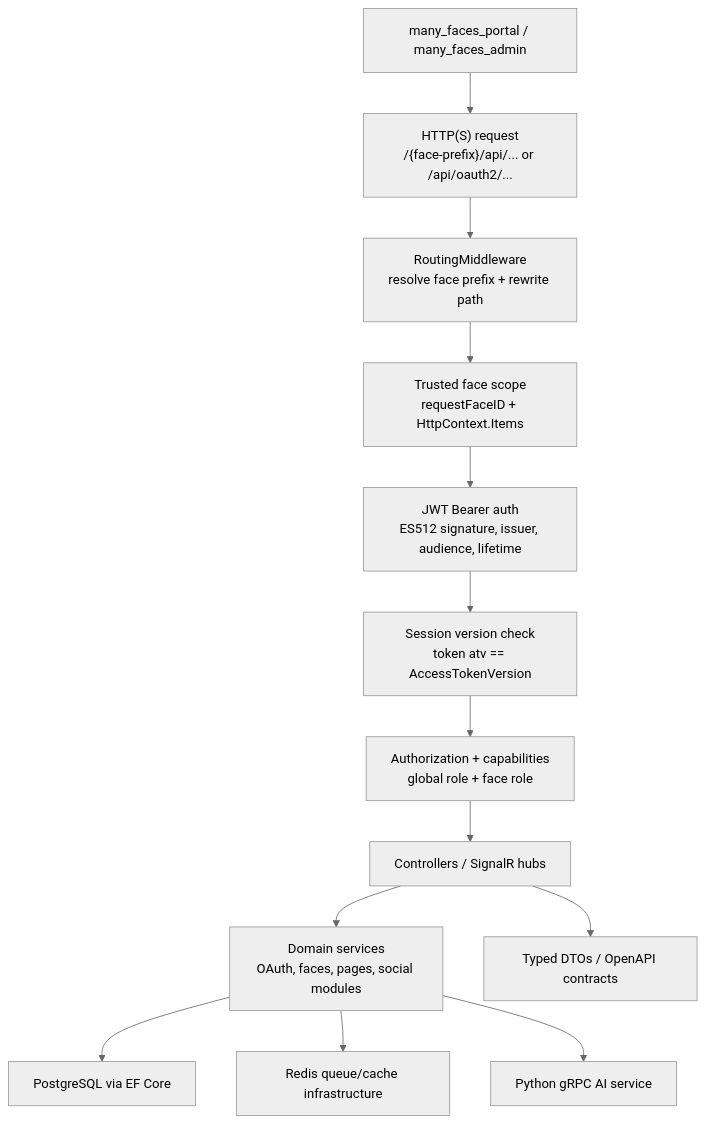
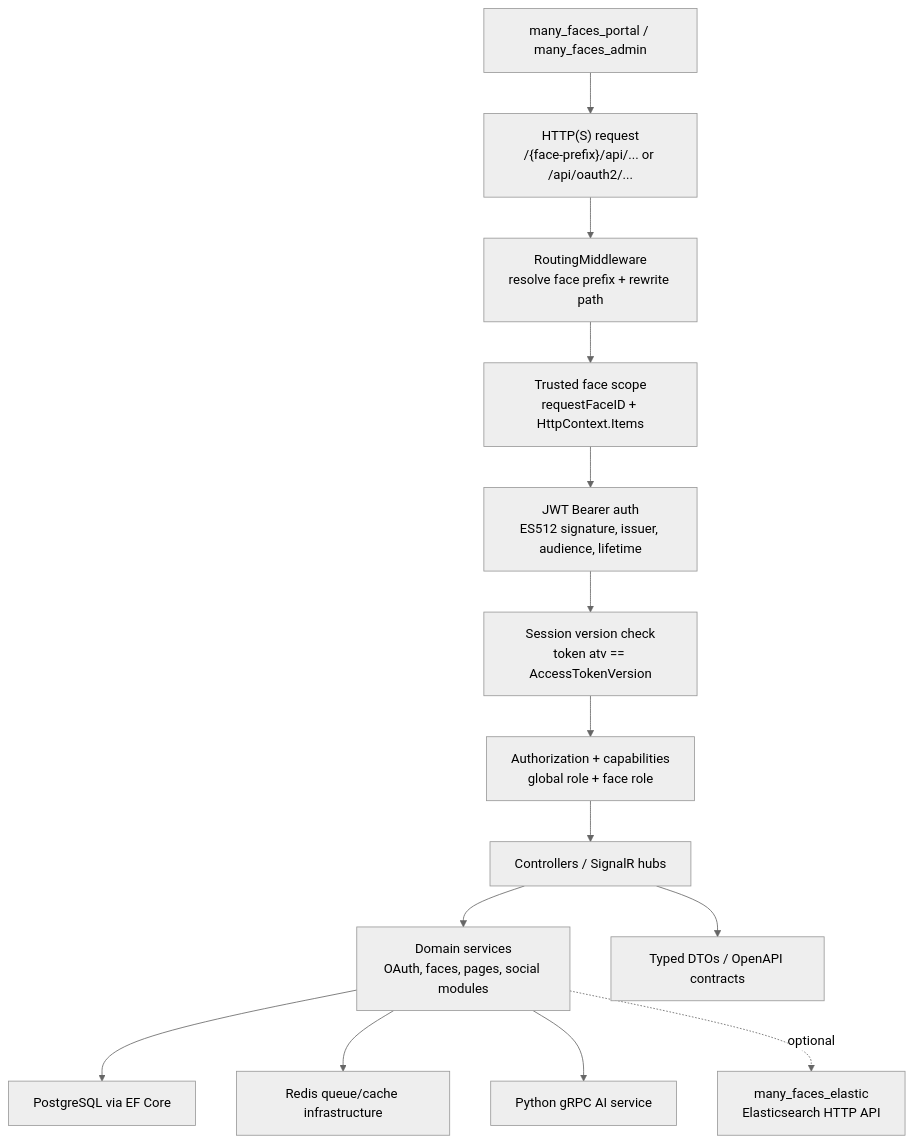
Before and after one commit to 01laky/mfai_demo: the eighth of 11 diagrams in README.md, drawn with Mermaid (neutral theme). The commit also changed other lines of this file and 2 other files, not shown here.

First line of the commit message:
docs: README Elasticsearch overview + Mermaid; index elasticsearch agent prompt

````diff
--- a/README.md
+++ b/README.md
@@ -193,15 +211,16 @@
 ```mermaid
 flowchart TD
     client["many_faces_portal / many_faces_admin"] --> request["HTTP(S) request<br/>/{face-prefix}/api/... or /api/oauth2/..."]
     request --> routing["RoutingMiddleware<br/>resolve face prefix + rewrite path"]
     routing --> scope["Trusted face scope<br/>requestFaceID + HttpContext.Items"]
     scope --> auth["JWT Bearer auth<br/>ES512 signature, issuer, audience, lifetime"]
     auth --> session["Session version check<br/>token atv == AccessTokenVersion"]
     session --> acl["Authorization + capabilities<br/>global role + face role"]
     acl --> controllers["Controllers / SignalR hubs"]
     controllers --> services["Domain services<br/>OAuth, faces, pages, social modules"]
     services --> db["PostgreSQL via EF Core"]
     services --> redis["Redis queue/cache infrastructure"]
     services --> ai["Python gRPC AI service"]
+    services -.->|"optional"| es["many_faces_elastic<br/>Elasticsearch HTTP API"]
     controllers --> dto["Typed DTOs / OpenAPI contracts"]
 ```
````
